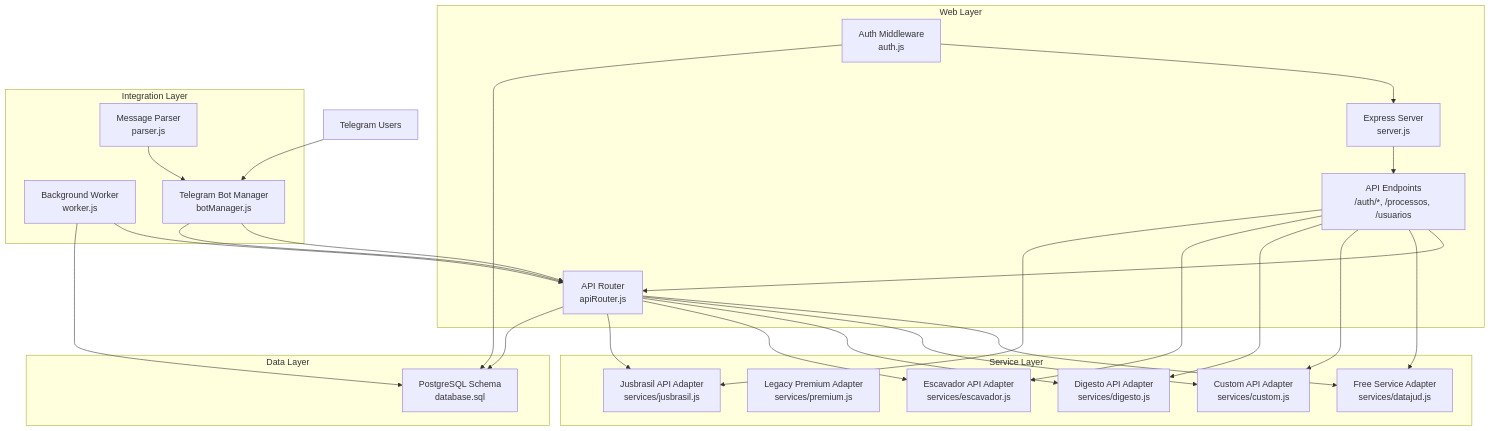
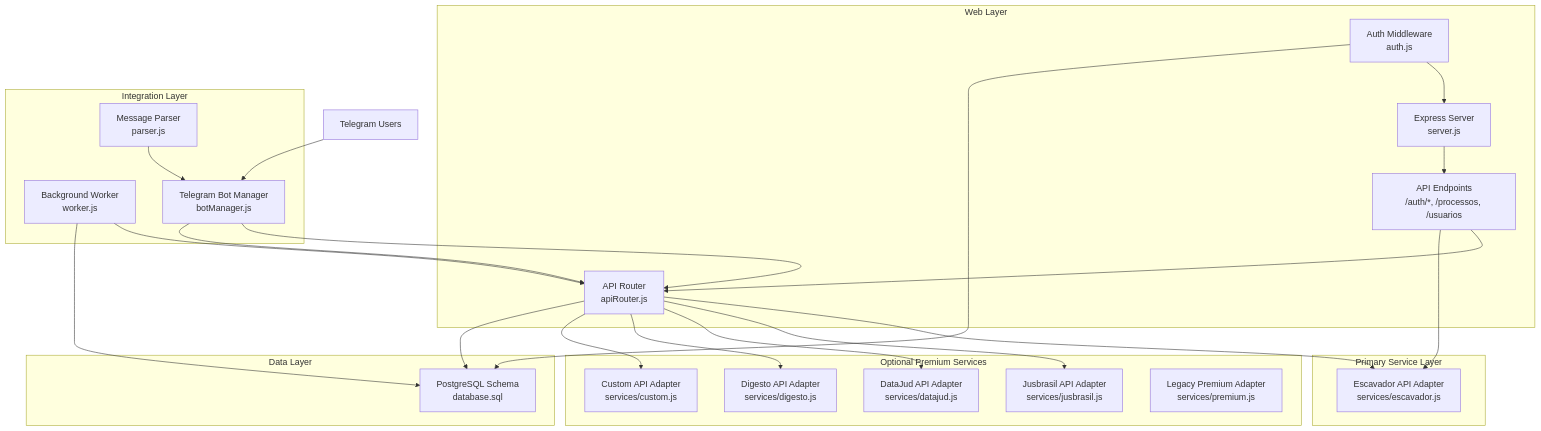
Before and after one commit to Alexandrexicara/bot-processos: the first of 16 diagrams in .qoder/repowiki/en/content/API Integration Layer/API Integration Layer.md, drawn with Mermaid. The commit also changed other lines of this file and 10 other files, not shown here.

````diff
--- a/.qoder/repowiki/en/content/API Integration Layer/API Integration Layer.md
+++ b/.qoder/repowiki/en/content/API Integration Layer/API Integration Layer.md
@@ -54,46 +56,44 @@
 ```mermaid
 graph TB
 subgraph "Web Layer"
 API["API Router<br/>apiRouter.js"]
 AUTH["Auth Middleware<br/>auth.js"]
 SERVER["Express Server<br/>server.js"]
 ENDPOINT["API Endpoints<br/>/auth/*, /processos, /usuarios"]
 ENDPOINT --> API
 AUTH --> SERVER
 SERVER --> ENDPOINT
 end
-subgraph "Service Layer"
-DATAJUD["Free Service Adapter<br/>services/datajud.js"]
+subgraph "Primary Service Layer"
+ESCAVADOR["Escavador API Adapter<br/>services/escavador.js"]
+end
+subgraph "Optional Premium Services"
+JUSBRASIL["Jusbrasil API Adapter<br/>services/jusbrasil.js"]
+DATAJUD["DataJud API Adapter<br/>services/datajud.js"]
+DIGESTO["Digesto API Adapter<br/>services/digesto.js"]
+CUSTOM["Custom API Adapter<br/>services/custom.js"]
 PREMIUM["Legacy Premium Adapter<br/>services/premium.js"]
-CUSTOM["Custom API Adapter<br/>services/custom.js"]
-DIGESTO["Digesto API Adapter<br/>services/digesto.js"]
-ESCAVADOR["Escavador API Adapter<br/>services/escavador.js"]
-JUSBRASIL["Jusbrasil API Adapter<br/>services/jusbrasil.js"]
 end
 subgraph "Integration Layer"
 WORKER["Background Worker<br/>worker.js"]
 BOT["Telegram Bot Manager<br/>botManager.js"]
 PARSER["Message Parser<br/>parser.js"]
-ENDPOINT --> DATAJUD
-ENDPOINT --> CUSTOM
-ENDPOINT --> DIGESTO
 ENDPOINT --> ESCAVADOR
-ENDPOINT --> JUSBRASIL
-API --> DATAJUD
-API --> CUSTOM
-API --> DIGESTO
 API --> ESCAVADOR
 API --> JUSBRASIL
+API --> DATAJUD
+API --> DIGESTO
+API --> CUSTOM
 WORKER --> API
 BOT --> API
 PARSER --> BOT
 end
 subgraph "Data Layer"
 DB["PostgreSQL Schema<br/>database.sql"]
 end
 CLIENT["Telegram Users"] --> BOT
 BOT --> API
 API --> DB
 AUTH --> DB
 WORKER --> DB
 ```
````
